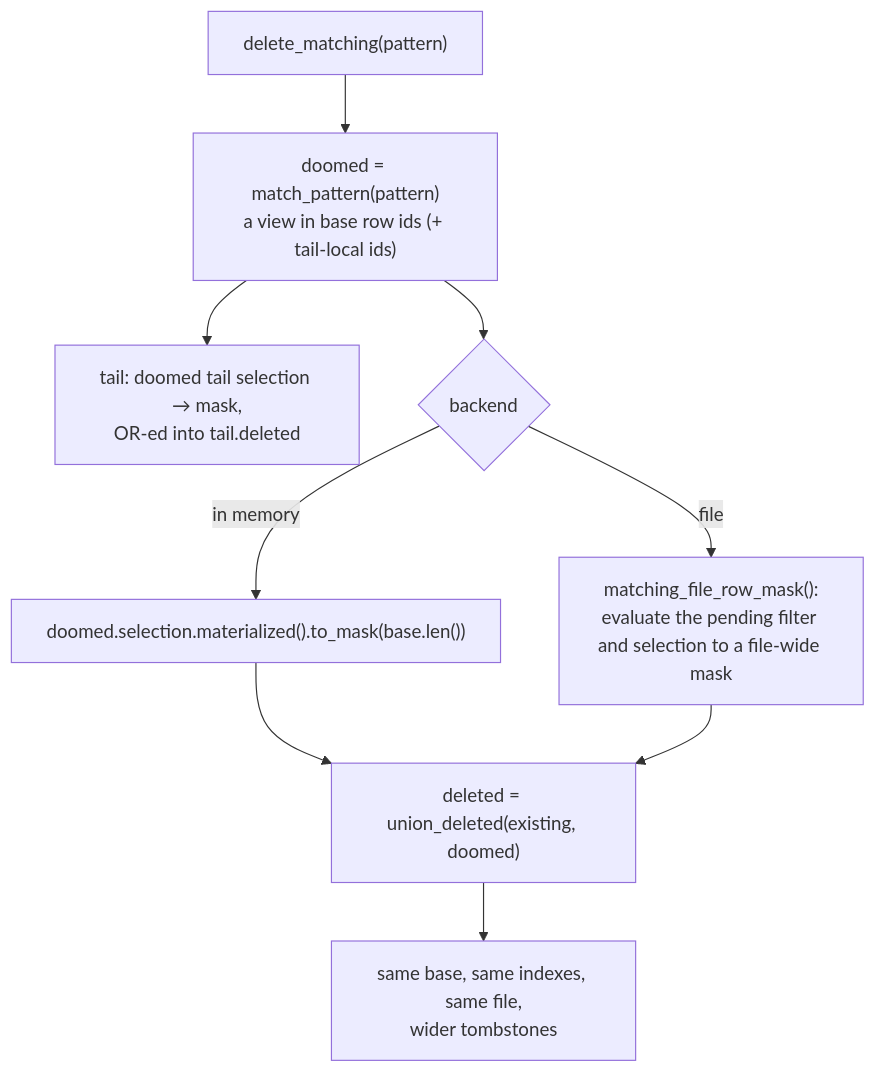
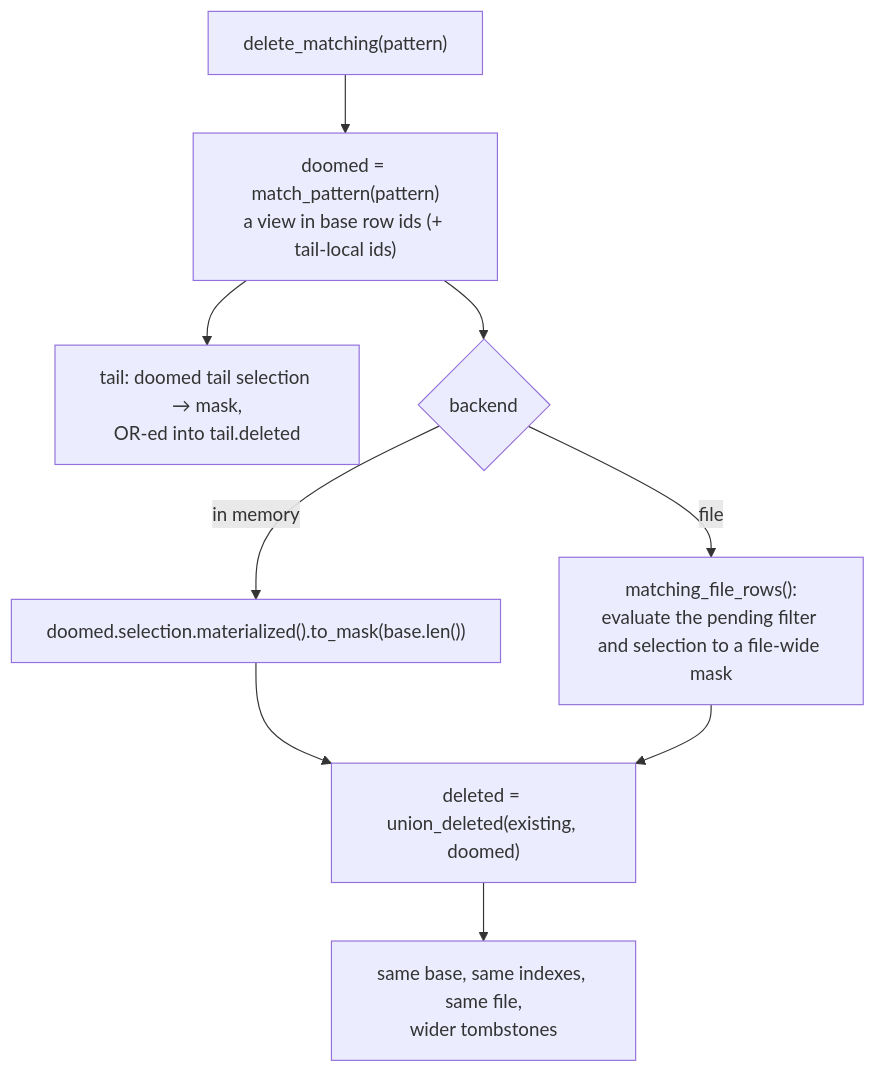
Before and after one commit to vortex-rdf/vortex-rdf: the third of 4 diagrams in docs/mutations.md, drawn with Mermaid. The commit also changed other lines of this file and 5 other files, not shown here.

````diff
--- a/docs/mutations.md
+++ b/docs/mutations.md
@@ -117,11 +117,11 @@
 ```mermaid
 flowchart TD
     D["delete_matching(pattern)"] --> M["doomed = match_pattern(pattern)<br/>a view in base row ids (+ tail-local ids)"]
     M --> T["tail: doomed tail selection → mask,<br/>OR-ed into tail.deleted"]
     M --> B{"backend"}
     B -- "in memory" --> B1["doomed.selection.materialized().to_mask(base.len())"]
-    B -- "file" --> B2["matching_file_row_mask():<br/>evaluate the pending filter and selection to a file-wide mask"]
+    B -- "file" --> B2["matching_file_rows():<br/>evaluate the pending filter and selection to a file-wide mask"]
     B1 --> U["deleted = union_deleted(existing, doomed)"]
     B2 --> U
     U --> R["same base, same indexes, same file,<br/>wider tombstones"]
 ```
````
